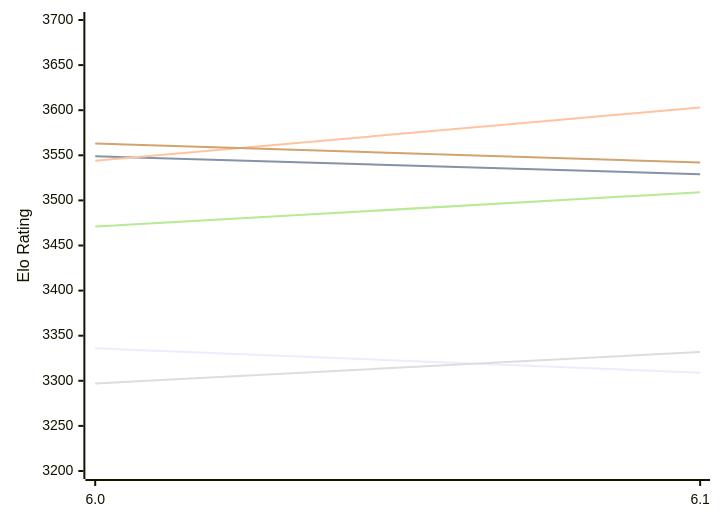
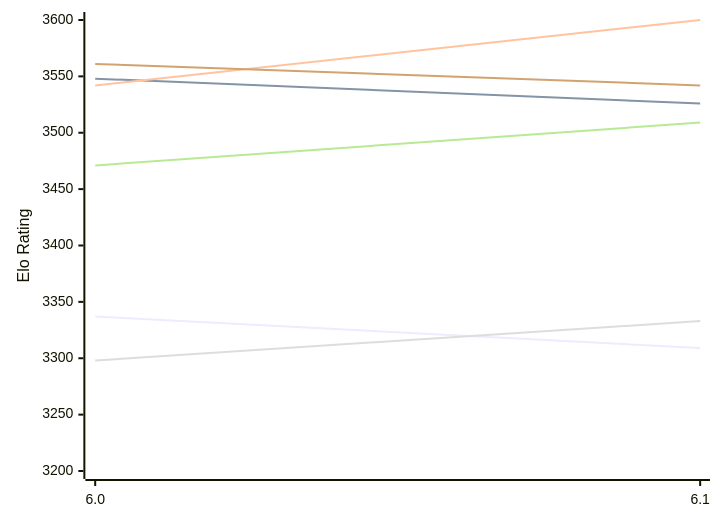
Before and after one commit to computer-chess-index/cci: the first of 2 diagrams in engines/Starzix.md, drawn with Mermaid. The commit also changed other lines of this file, not shown here.

Commit message:
Update CCI Ratings (ELO VLTC) - 2026-11-27

````diff
--- a/engines/Starzix.md
+++ b/engines/Starzix.md
@@ -51,12 +51,12 @@
 ```mermaid
 %%{init: {"theme":"base","themeVariables":{"seriesColors:['#a3a3a3','#222221','#faa371']}}}%%
 xychart-beta
   x-axis ["6.0", "6.1"]
-  y-axis "Elo Rating" 3200 --> 3700
-  line "E1: STC (8.0+0.08s)" [3336, 3309]
-  line "E1: LTC (60.0+0.60s)" [3549, 3529]
-  line "E1: VLTC (2m24s+1.12s)" [3544, 3603]
-  line "P1: STC (8.0+0.08s)" [3297, 3332]
+  y-axis "Elo Rating" 3200 --> 3600
+  line "E1: STC (8.0+0.08s)" [3337, 3309]
+  line "E1: LTC (60.0+0.60s)" [3548, 3526]
+  line "E1: VLTC (2m24s+1.12s)" [3542, 3600]
+  line "P1: STC (8.0+0.08s)" [3298, 3333]
   line "P1: LTC (60.0+0.60s)" [3471, 3509]
-  line "P1: VLTC (2m24s+1.12s)" [3563, 3542]
+  line "P1: VLTC (2m24s+1.12s)" [3561, 3542]
 ```
````
